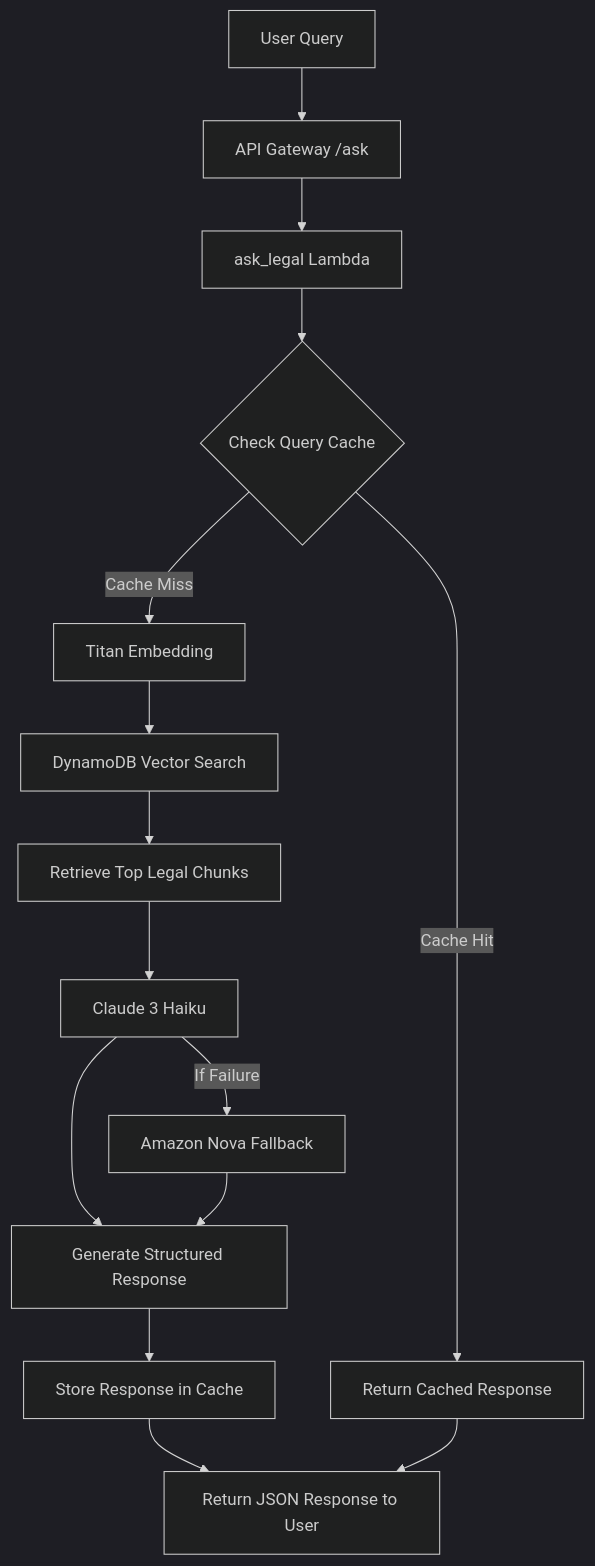
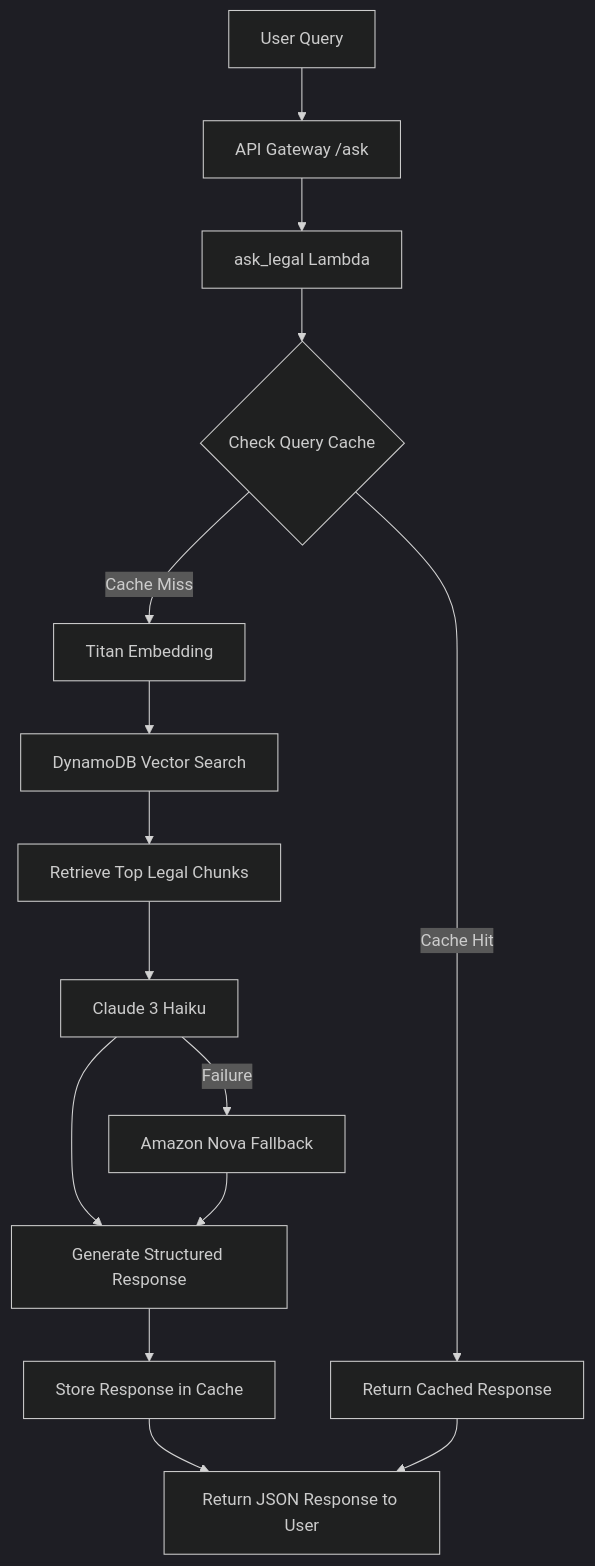
The diagram in README.md (tanishkashukla/PYTHon-AI-for-Bharat), drawn with Mermaid (dark theme) before and after one commit. The commit also changed other lines of this file, not shown here.

````diff
--- a/README.md
+++ b/README.md
@@ -60,31 +59,31 @@
 ```mermaid
 flowchart TD
 
 User[User Query] --> APIGW[API Gateway /ask]
 
 APIGW --> Lambda[ask_legal Lambda]
 
 Lambda --> CacheCheck{Check Query Cache}
 
 CacheCheck -->|Cache Hit| ReturnFast[Return Cached Response]
 
 CacheCheck -->|Cache Miss| Embed[Titan Embedding]
 
 Embed --> VectorSearch[DynamoDB Vector Search]
 
 VectorSearch --> TopChunks[Retrieve Top Legal Chunks]
 
 TopChunks --> Claude[Claude 3 Haiku]
 
-Claude -->|If Failure| Nova[Amazon Nova Fallback]
+Claude -->|Failure| Nova[Amazon Nova Fallback]
 
 Claude --> Response[Generate Structured Response]
 
 Nova --> Response
 
 Response --> CacheStore[Store Response in Cache]
 
 CacheStore --> ReturnUser[Return JSON Response to User]
 
 ReturnFast --> ReturnUser
 ```
````
